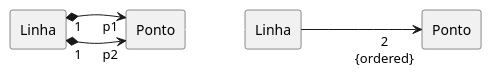
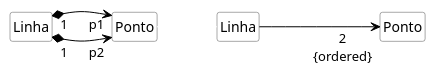
One commit to kyriosdata/oo changed the diagram in imagens/modelos-07/mod07ima17/mod07ima17.plantuml. Above: the diagram before and after it, drawn with PlantUML. The commit also changed 10 other files, not shown here.

```diff
--- a/imagens/modelos-07/mod07ima17/mod07ima17.plantuml
+++ b/imagens/modelos-07/mod07ima17/mod07ima17.plantuml
@@ -1,11 +1,21 @@
 @startuml mod07ima17
-rectangle "Linha" as li
-rectangle "Ponto" as po
-rectangle "Linha" as ln
-rectangle "Ponto" as pn
+hide circle
+hide methods
+hide empty members
+
+skinparam class {
+    BackgroundColor White
+    ArrowColor Black
+    BorderColor #505050
+}
+
+class "Linha" as li
+class "Ponto" as po
+class "Linha" as ln
+class "Ponto" as pn
 left to right direction
 li "1"*-->"p2" po
 li "1"*-->"p1" po
 po -[#White]- ln
 ln --->"2\n{ordered}" pn
 @enduml
```
